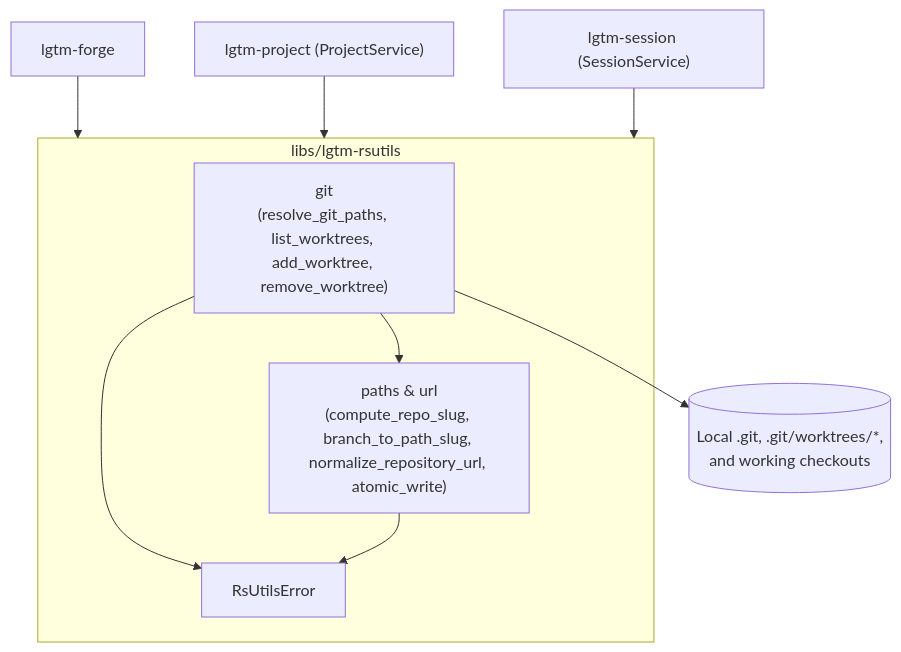
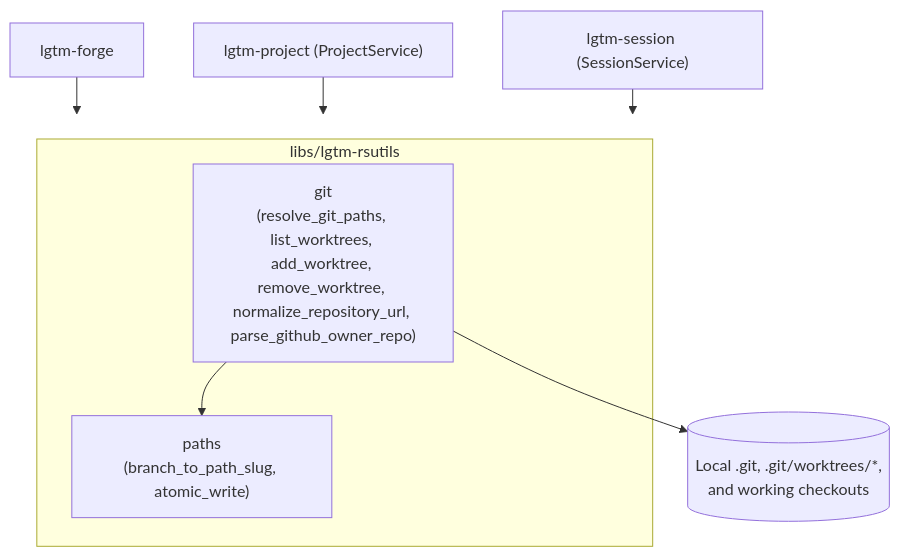
Before and after one commit to difflab-io/lgtm: the first of 2 diagrams in docs/architecture/rsutils/index.md, drawn with Mermaid. The commit also changed other lines of this file and 43 other files, not shown here.

````diff
--- a/docs/architecture/rsutils/index.md
+++ b/docs/architecture/rsutils/index.md
@@ -25,20 +25,17 @@
 ```mermaid
 flowchart TB
     FORGE["lgtm-forge"]
     PROJECT["lgtm-project (ProjectService)"]
     SESSION["lgtm-session (SessionService)"]
 
     subgraph RsUtils["libs/lgtm-rsutils"]
-        GIT["git\n(resolve_git_paths, list_worktrees, add_worktree, remove_worktree)"]
-        PATHS["paths & url\n(compute_repo_slug, branch_to_path_slug, normalize_repository_url, atomic_write)"]
-        ERR["RsUtilsError"]
+        GIT["git\n(resolve_git_paths, list_worktrees, add_worktree, remove_worktree, normalize_repository_url, parse_github_owner_repo)"]
+        PATHS["paths\n(branch_to_path_slug, atomic_write)"]
         GIT --> PATHS
-        GIT --> ERR
-        PATHS --> ERR
     end
 
     FORGE --> RsUtils
     PROJECT --> RsUtils
     SESSION --> RsUtils
     GIT --> FS[("Local .git, .git/worktrees/*,\nand working checkouts")]
 ```
````
